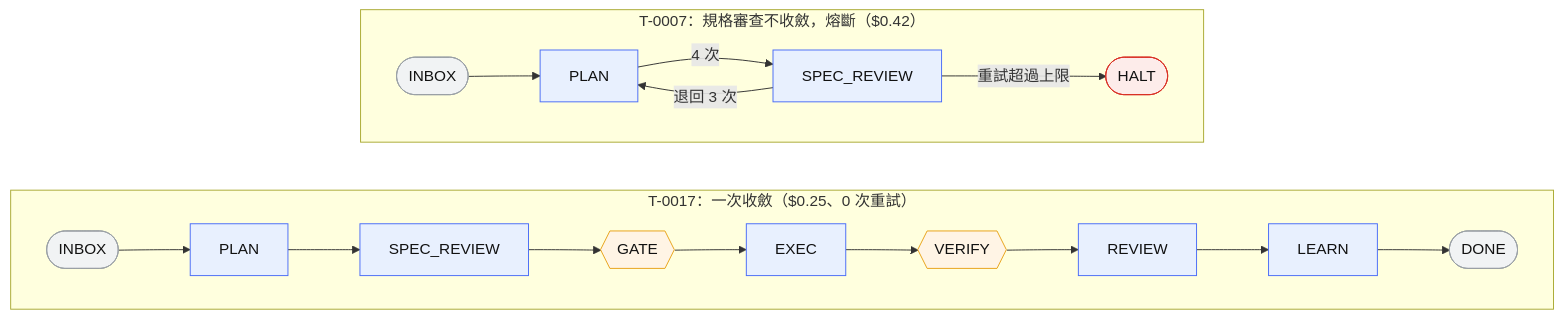
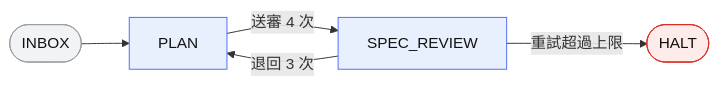
One commit to lederyide-dotcom/agent-legion changed the second of 3 diagrams in README.md. Above: the diagram before and after it, drawn with Mermaid. The commit also changed other lines of this file, not shown here.

Commit message:
README 路徑對照圖改為精簡版：一次收斂以文字列出，不收斂案例用 4 節點小圖，避免在 GitHub 上被縮得無法閱讀

````diff
--- a/README.md
+++ b/README.md
@@ -52,23 +55,14 @@
 ```mermaid
 flowchart LR
-    subgraph OK["T-0017：一次收斂（$0.25、0 次重試）"]
-        direction LR
-        a1([INBOX]) --> a2[PLAN] --> a3[SPEC_REVIEW] --> a4{{GATE}} --> a5[EXEC] --> a6{{VERIFY}} --> a7[REVIEW] --> a8[LEARN] --> a9([DONE])
-    end
-    subgraph NG["T-0007：規格審查不收斂，熔斷（$0.42）"]
-        direction LR
-        b1([INBOX]) --> b2[PLAN]
-        b2 -- 4 次 --> b3[SPEC_REVIEW]
-        b3 -- 退回 3 次 --> b2
-        b3 -- 重試超過上限 --> b4([HALT])
-    end
+    b1([INBOX]) --> b2[PLAN]
+    b2 -- 送審 4 次 --> b3[SPEC_REVIEW]
+    b3 -- 退回 3 次 --> b2
+    b3 -- 重試超過上限 --> b4([HALT])
 
     classDef claude fill:#e8f0fe,stroke:#4a6cf7,color:#111
-    classDef runner fill:#fff4e5,stroke:#e8a317,color:#111
     classDef human fill:#fdecea,stroke:#d93025,color:#111
     classDef plain fill:#f1f3f4,stroke:#9aa0a6,color:#111
-    class a2,a3,a5,a7,a8,b2,b3 claude
-    class a4,a6 runner
+    class b2,b3 claude
     class b4 human
-    class a1,a9,b1 plain
+    class b1 plain
 ```
````
